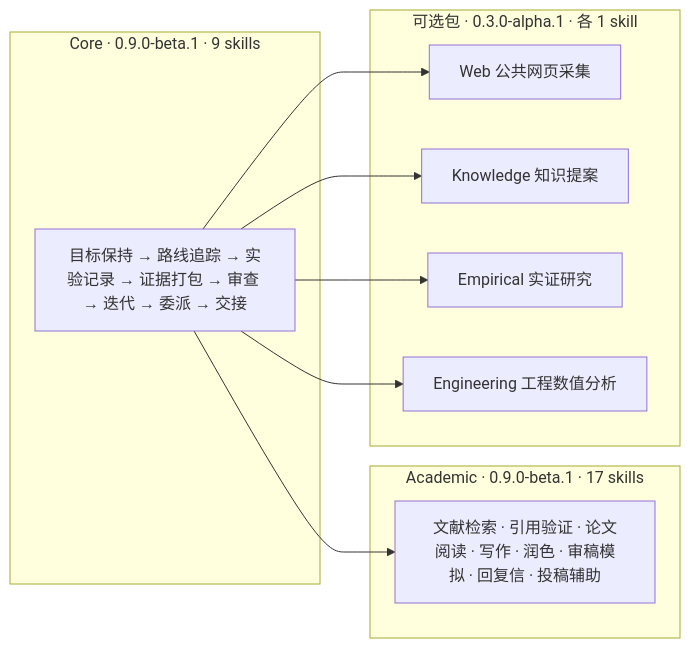
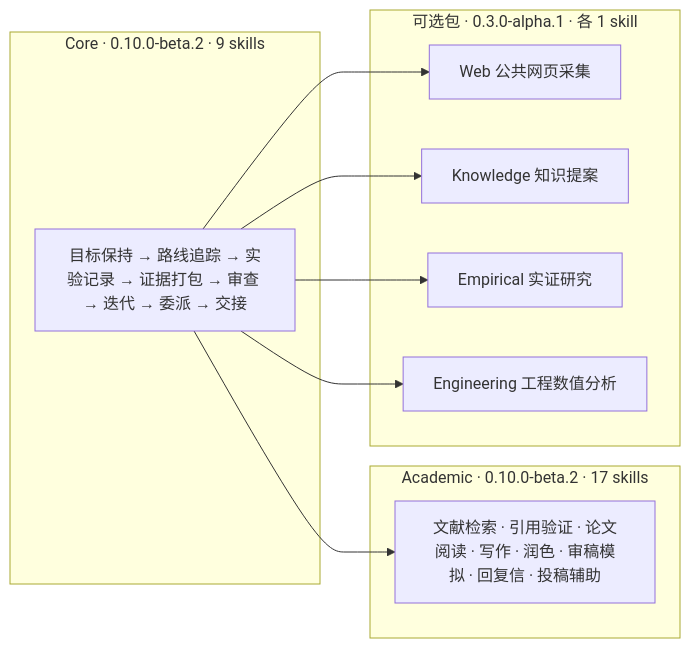
One commit to AlexenderSokolov/deepscientist-lite-codex-plugin changed the first of 2 diagrams in README.zh.md. Above: the diagram before and after it, drawn with Mermaid. The commit also changed other lines of this file and 156 other files, not shown here.

````diff
--- a/README.zh.md
+++ b/README.zh.md
@@ -13,17 +13,17 @@
 ```mermaid
 graph LR
-    subgraph "Core · 0.9.0-beta.1 · 9 skills"
+    subgraph "Core · 0.10.0-beta.2 · 9 skills"
         A["目标保持 → 路线追踪 → 实验记录 → 证据打包 → 审查 → 迭代 → 委派 → 交接"]
     end
-    subgraph "Academic · 0.9.0-beta.1 · 17 skills"
+    subgraph "Academic · 0.10.0-beta.2 · 17 skills"
         B["文献检索 · 引用验证 · 论文阅读 · 写作 · 润色 · 审稿模拟 · 回复信 · 投稿辅助"]
     end
     subgraph "可选包 · 0.3.0-alpha.1 · 各 1 skill"
         C["Web 公共网页采集"]
         D["Knowledge 知识提案"]
         E["Empirical 实证研究"]
         F["Engineering 工程数值分析"]
     end
     A --> B
     A --> C & D & E & F
 ```
````
